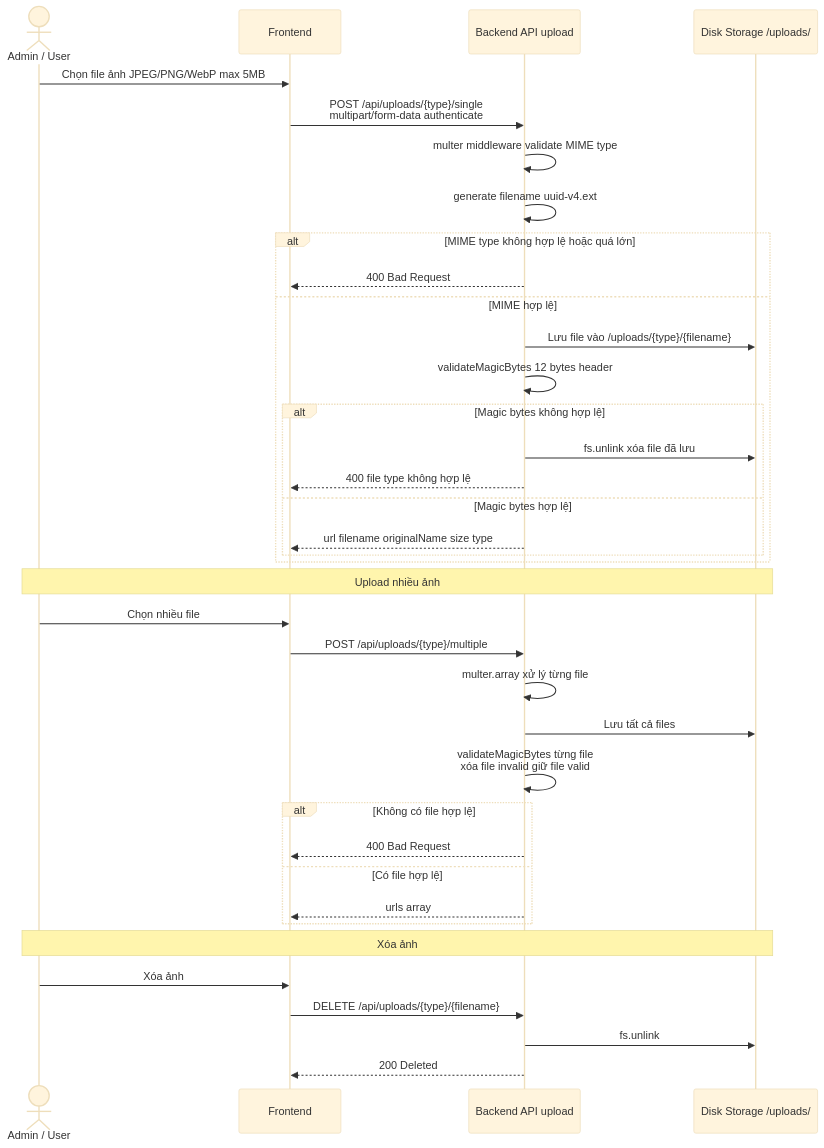
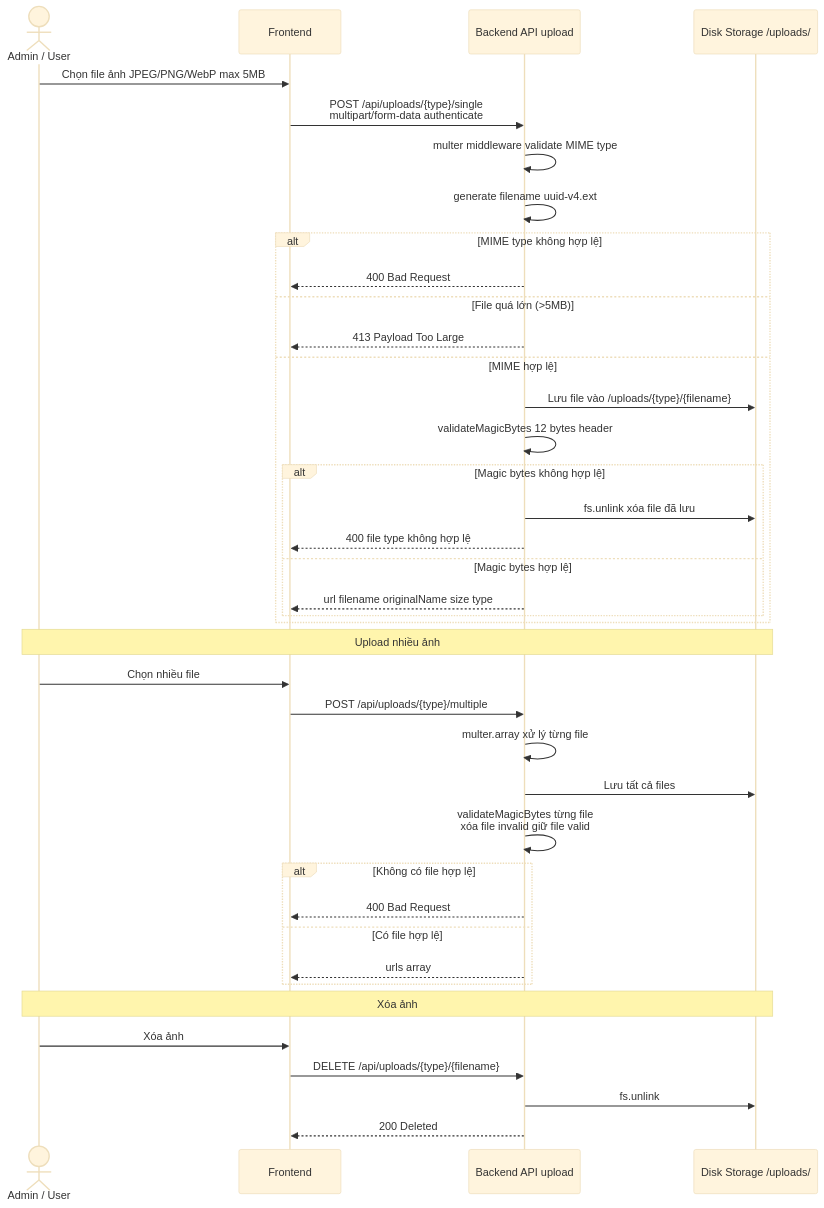
Diagram 27 of 47 in DIAGRAMS.md (MinhThang1009/E-commerce-website), drawn with Mermaid (base theme) before and after one commit. The commit also changed other lines of this file and 9 other files, not shown here.

First line of the commit message:
docs: đồng bộ tài liệu RAG pipeline + diagram với codebase

````diff
--- a/DIAGRAMS.md
+++ b/DIAGRAMS.md
@@ -931,46 +937,48 @@
 ```mermaid
 sequenceDiagram
     actor Admin as Admin / User
     participant FE as Frontend
     participant API as Backend API upload
     participant Disk as Disk Storage /uploads/
 
     Admin->>FE: Chọn file ảnh JPEG/PNG/WebP max 5MB
     FE->>API: POST /api/uploads/{type}/single<br/>multipart/form-data authenticate
 
     API->>API: multer middleware validate MIME type
     API->>API: generate filename uuid-v4.ext
 
-    alt MIME type không hợp lệ hoặc quá lớn
+    alt MIME type không hợp lệ
         API-->>FE: 400 Bad Request
+    else File quá lớn (>5MB)
+        API-->>FE: 413 Payload Too Large
     else MIME hợp lệ
         API->>Disk: Lưu file vào /uploads/{type}/{filename}
         API->>API: validateMagicBytes 12 bytes header
         alt Magic bytes không hợp lệ
             API->>Disk: fs.unlink xóa file đã lưu
             API-->>FE: 400 file type không hợp lệ
         else Magic bytes hợp lệ
             API-->>FE: url filename originalName size type
         end
     end
 
     Note over Admin,Disk: Upload nhiều ảnh
 
     Admin->>FE: Chọn nhiều file
     FE->>API: POST /api/uploads/{type}/multiple
     API->>API: multer.array xử lý từng file
     API->>Disk: Lưu tất cả files
     API->>API: validateMagicBytes từng file<br/>xóa file invalid giữ file valid
     alt Không có file hợp lệ
         API-->>FE: 400 Bad Request
     else Có file hợp lệ
         API-->>FE: urls array
     end
 
     Note over Admin,Disk: Xóa ảnh
 
     Admin->>FE: Xóa ảnh
     FE->>API: DELETE /api/uploads/{type}/{filename}
     API->>Disk: fs.unlink
     API-->>FE: 200 Deleted
 ```
````
